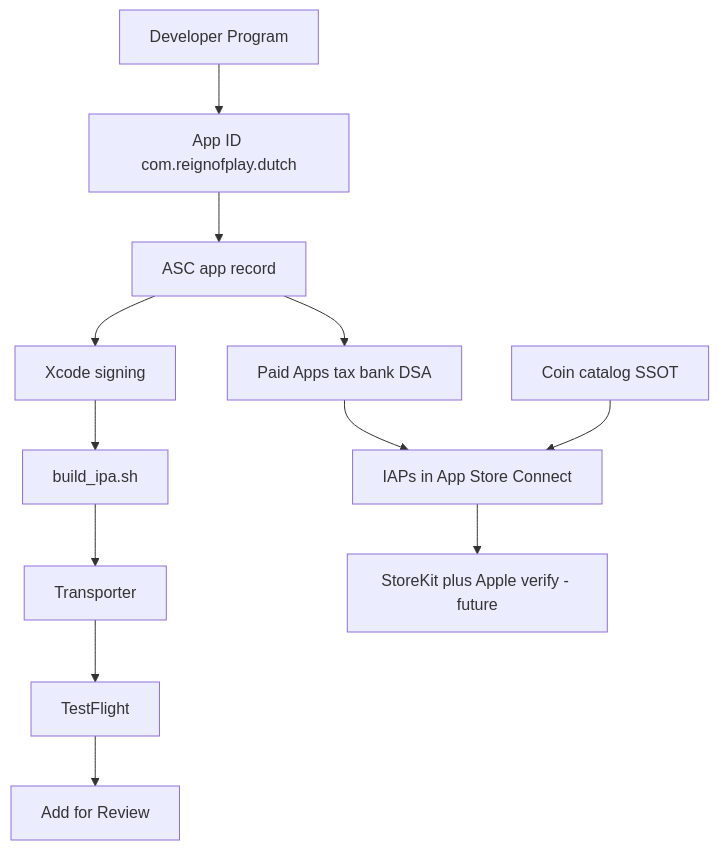
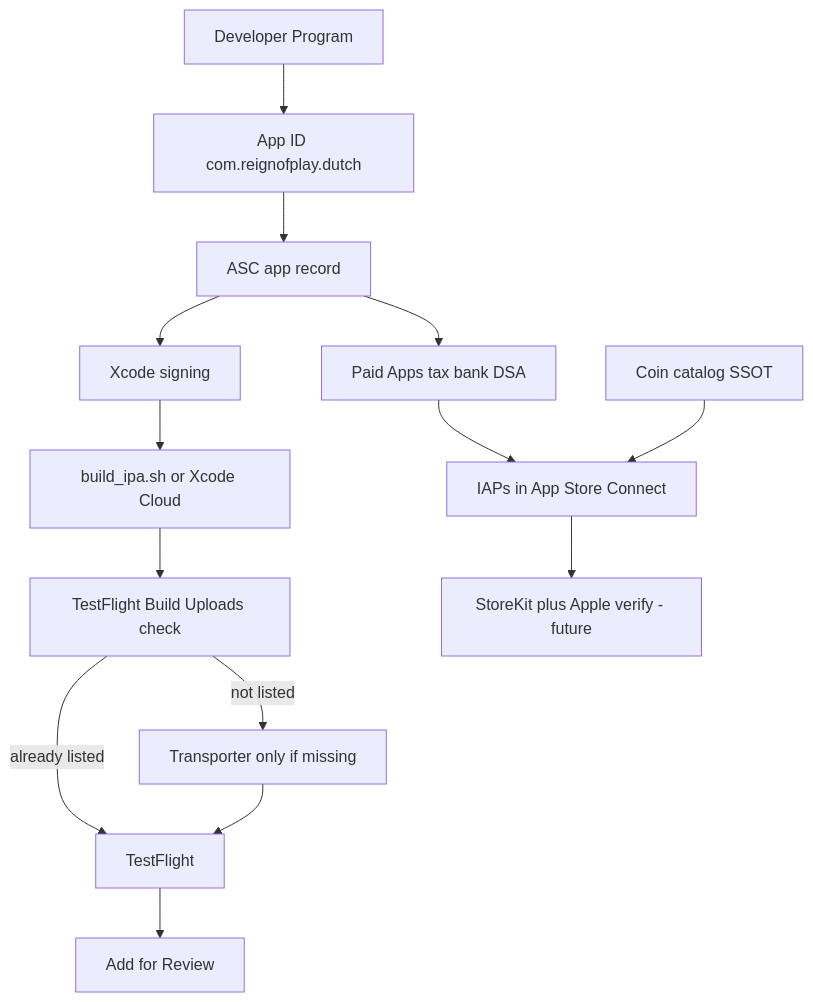
Before and after one commit to sil-vella/recall: the diagram in Documentation/Android_V_ios/IOS_APP_STORE_RELEASE_GUIDE.md, drawn with Mermaid. The commit also changed other lines of this file and 9 other files, not shown here.

````diff
--- a/Documentation/Android_V_ios/IOS_APP_STORE_RELEASE_GUIDE.md
+++ b/Documentation/Android_V_ios/IOS_APP_STORE_RELEASE_GUIDE.md
@@ -281,22 +296,25 @@
 ```mermaid
 flowchart TD
   enroll[Developer Program]
   appId[App ID com.reignofplay.dutch]
   ascApp[ASC app record]
   business[Paid Apps tax bank DSA]
   catalog[Coin catalog SSOT]
   iapConnect[IAPs in App Store Connect]
   xcode[Xcode signing]
-  ipa[build_ipa.sh]
-  upload[Transporter]
+  ipa[build_ipa.sh or Xcode Cloud]
+  checkTf[TestFlight Build Uploads check]
+  upload[Transporter only if missing]
   tf[TestFlight]
   storekit[StoreKit plus Apple verify - future]
   review[Add for Review]
 
   enroll --> appId --> ascApp --> business
   business --> iapConnect
   catalog --> iapConnect
-  ascApp --> xcode --> ipa --> upload --> tf
+  ascApp --> xcode --> ipa --> checkTf
+  checkTf -->|already listed| tf
+  checkTf -->|not listed| upload --> tf
   iapConnect --> storekit
   tf --> review
 ```
````
